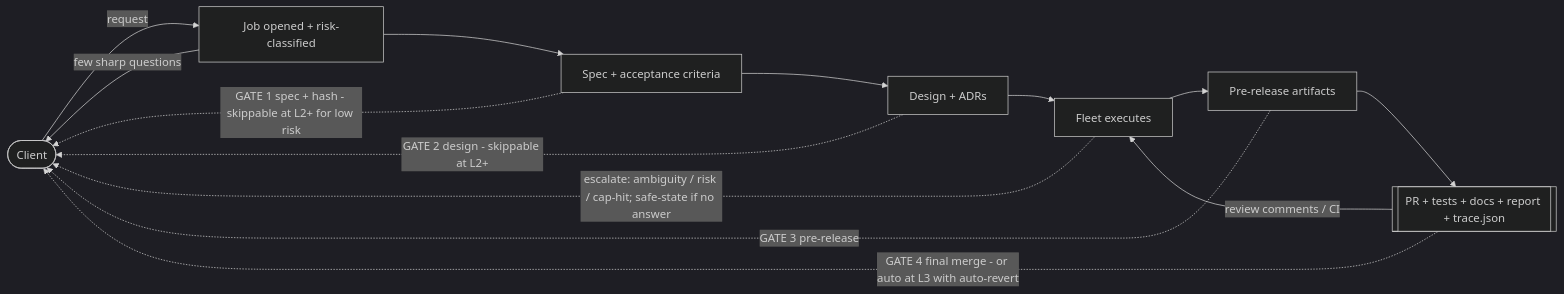
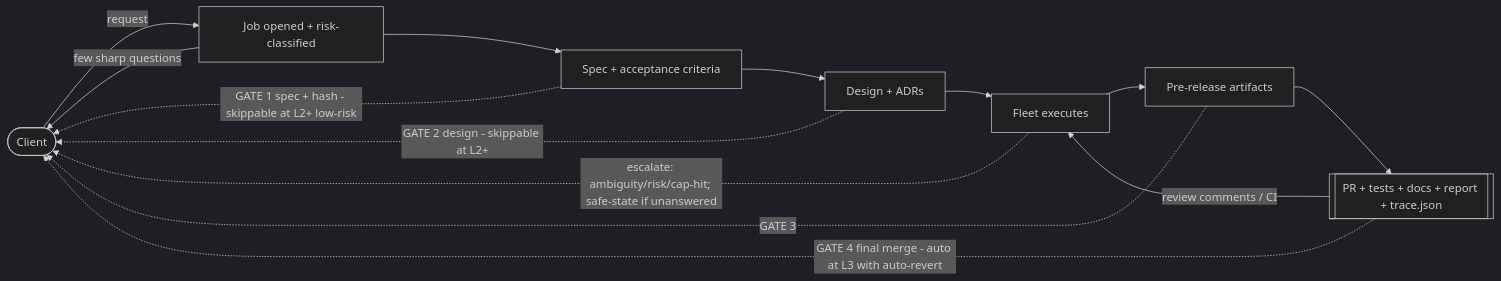
One commit to JNK234/claude-dotfiles changed diagram 14 of 14 in research/autonomous-agent-fleet.md. Above: the diagram before and after it, drawn with Mermaid (dark theme). The commit also changed other lines of this file, not shown here.

````diff
--- a/research/autonomous-agent-fleet.md
+++ b/research/autonomous-agent-fleet.md
@@ -446,16 +408,14 @@
 ```mermaid
 flowchart LR
   C([Client])-->|request|J[Job opened + risk-classified]
   J-->|few sharp questions|C
   J-->SP[Spec + acceptance criteria]
-  SP -.->|GATE 1 spec + hash - skippable at L2+ for low risk|C
+  SP -.->|GATE 1 spec + hash - skippable at L2+ low-risk|C
   SP-->PL[Design + ADRs]
   PL -.->|GATE 2 design - skippable at L2+|C
   PL-->RUN[Fleet executes]
-  RUN -.->|escalate: ambiguity / risk / cap-hit; safe-state if no answer|C
-  RUN-->PRE[Pre-release artifacts]
-  PRE -.->|GATE 3 pre-release|C
-  PRE-->Dl[[PR + tests + docs + report + trace.json]]
-  Dl -.->|GATE 4 final merge - or auto at L3 with auto-revert|C
+  RUN -.->|escalate: ambiguity/risk/cap-hit; safe-state if unanswered|C
+  RUN-->PRE[Pre-release artifacts]-.->|GATE 3|C
+  PRE-->Dl[[PR + tests + docs + report + trace.json]]-.->|GATE 4 final merge - auto at L3 with auto-revert|C
   Dl-->|review comments / CI|RUN
 ```
````
